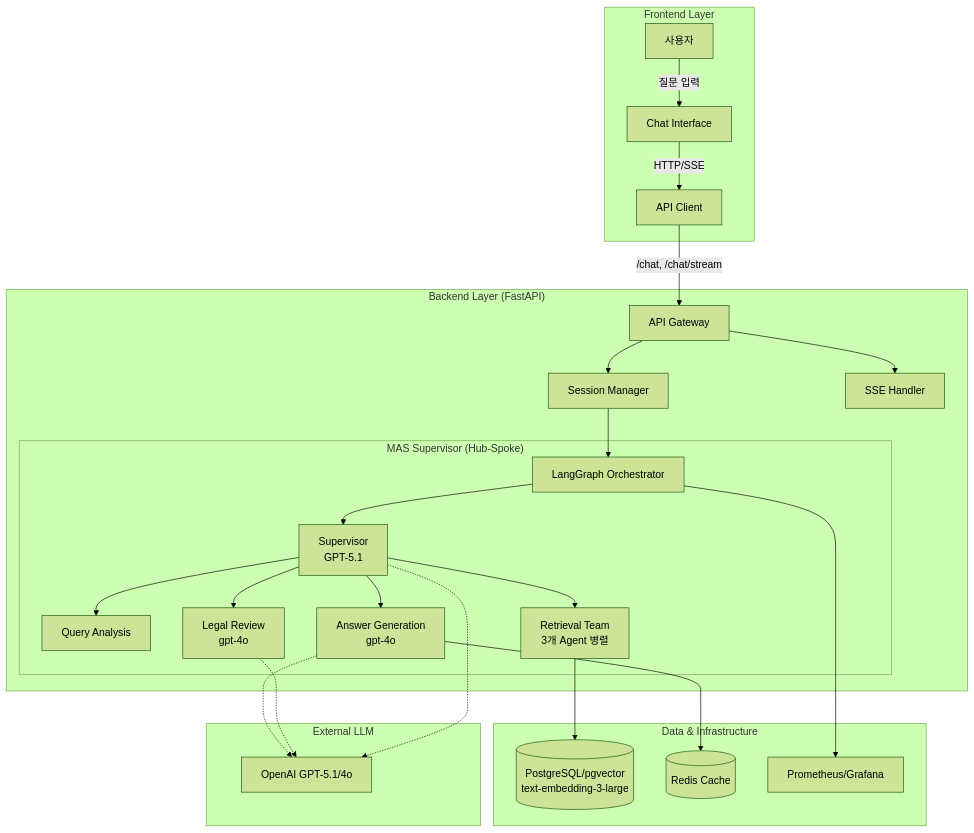
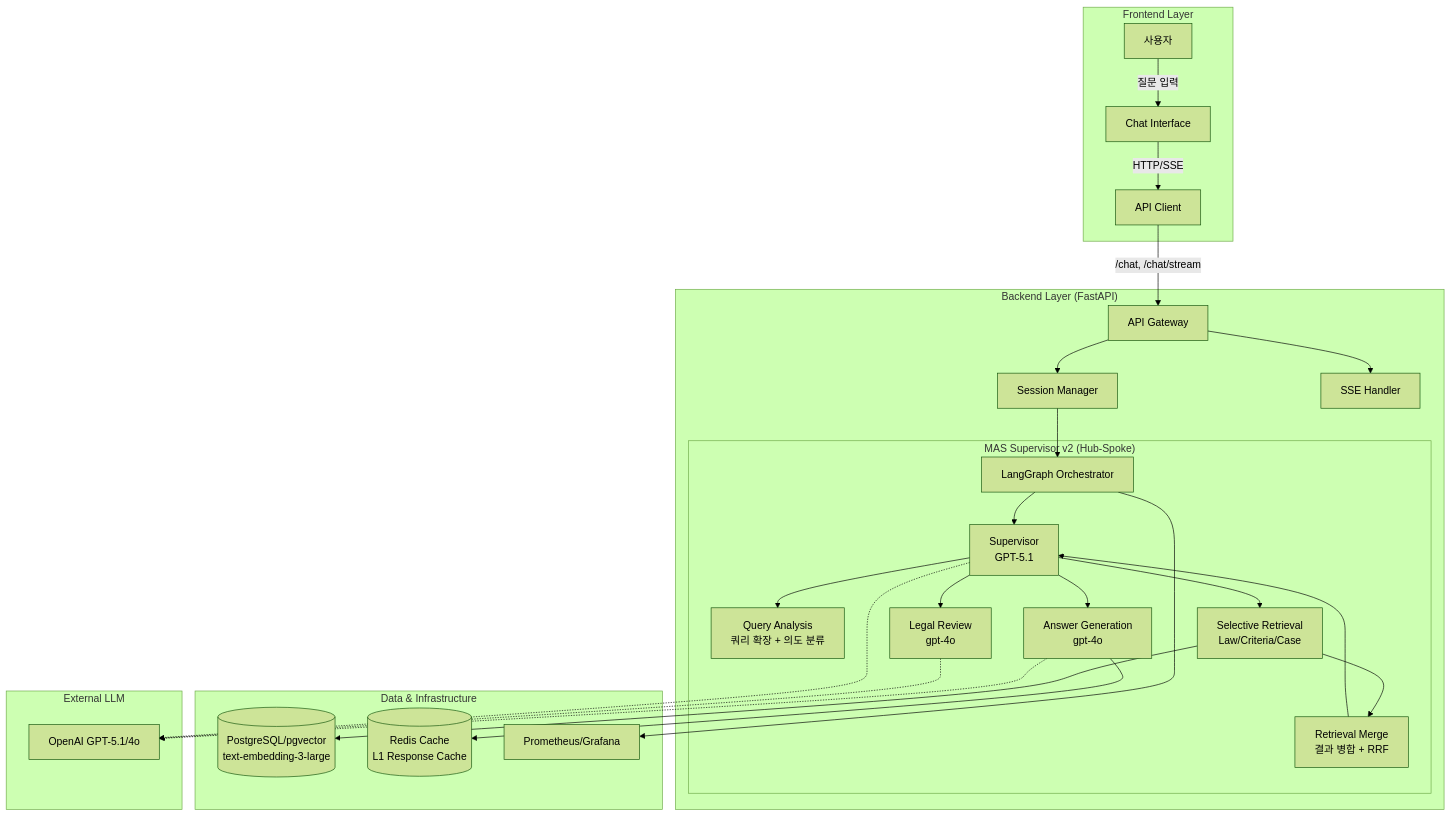
The first of 2 diagrams in README.md (Maroco0109/Ddoksori), drawn with Mermaid (forest theme) before and after one commit. The commit also changed other lines of this file and 19 other files, not shown here.

````diff
--- a/README.md
+++ b/README.md
@@ -120,34 +120,36 @@
 ```mermaid
 graph TB
     subgraph "Frontend Layer"
         A[사용자] -->|질문 입력| B[Chat Interface]
         B -->|HTTP/SSE| C[API Client]
     end
 
     subgraph "Backend Layer (FastAPI)"
         C -->|/chat, /chat/stream| D[API Gateway]
         D --> E[Session Manager]
         D --> F[SSE Handler]
         E --> G[LangGraph Orchestrator]
 
-        subgraph "MAS Supervisor (Hub-Spoke)"
+        subgraph "MAS Supervisor v2 (Hub-Spoke)"
             G --> SUP[Supervisor<br/>GPT-5.1]
-            SUP --> H[Query Analysis]
-            SUP --> I[Retrieval Team<br/>3개 Agent 병렬]
+            SUP --> H[Query Analysis<br/>쿼리 확장 + 의도 분류]
+            SUP --> I[Selective Retrieval<br/>Law/Criteria/Case]
+            I --> RM[Retrieval Merge<br/>결과 병합 + RRF]
+            RM --> SUP
             SUP --> J[Answer Generation<br/>gpt-4o]
             SUP --> K[Legal Review<br/>gpt-4o]
         end
     end
 
     subgraph "Data & Infrastructure"
         I --> L[(PostgreSQL/pgvector<br/>text-embedding-3-large)]
-        J --> M[(Redis Cache)]
+        J --> M[(Redis Cache<br/>L1 Response Cache)]
         G --> O[Prometheus/Grafana]
     end
 
     subgraph "External LLM"
         J -.-> P[OpenAI GPT-5.1/4o]
         K -.-> P
         SUP -.-> P
     end
 ```
````
